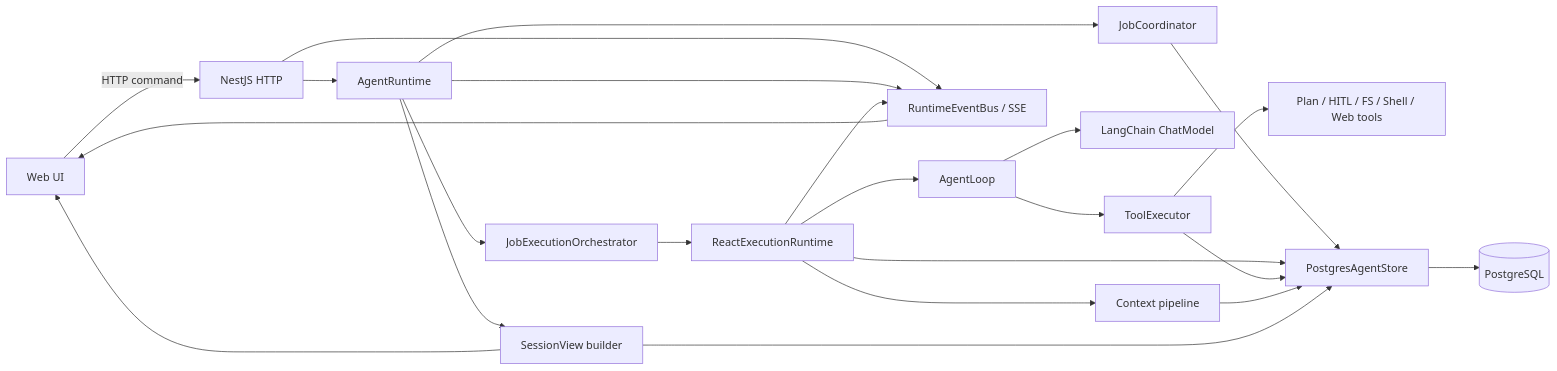
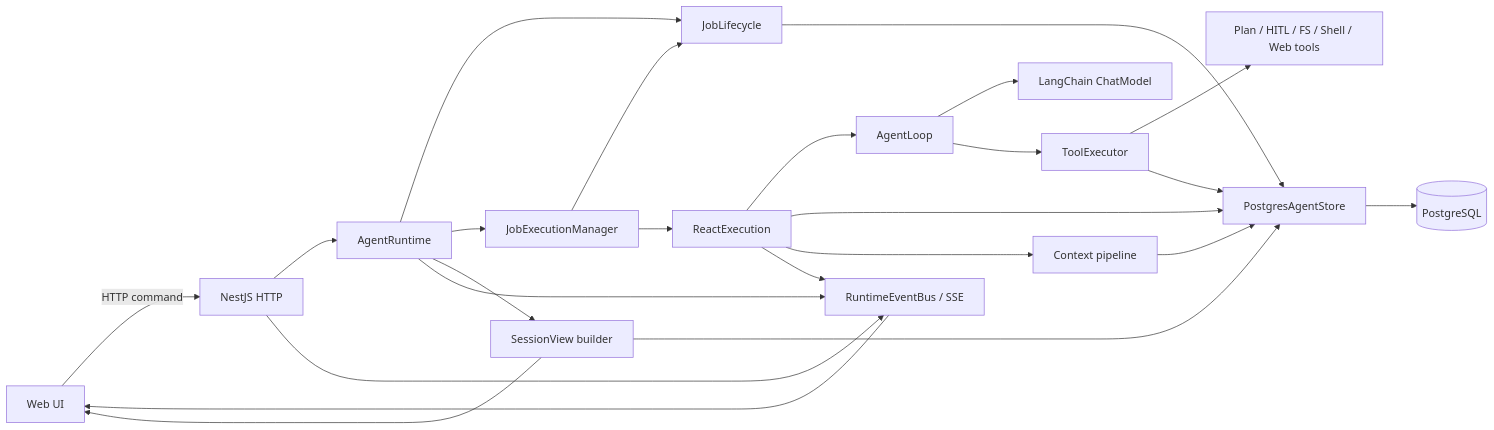
Before and after one commit to lucyonegit/agent-runtime-v2: the first of 13 diagrams in docs/00-current-runtime-full-chain.md, drawn with Mermaid. The commit also changed other lines of this file and 17 other files, not shown here.

```diff
--- a/docs/00-current-runtime-full-chain.md
+++ b/docs/00-current-runtime-full-chain.md
@@ -19,28 +19,29 @@
 ~~~mermaid
 flowchart LR
     UI["Web UI"] -->|"HTTP command"| HTTP["NestJS HTTP"]
     HTTP --> AR["AgentRuntime"]
-    AR --> JC["JobCoordinator"]
-    AR --> JEO["JobExecutionOrchestrator"]
-    JEO --> RER["ReactExecutionRuntime"]
+    AR --> JL["JobLifecycle"]
+    AR --> JEM["JobExecutionManager"]
+    JEM --> JL
+    JEM --> RER["ReactExecution"]
     RER --> AL["AgentLoop"]
     AL --> LC["LangChain ChatModel"]
     AL --> TE["ToolExecutor"]
     TE --> TOOLS["Plan / HITL / FS / Shell / Web tools"]
 
-    JC --> STORE["PostgresAgentStore"]
+    JL --> STORE["PostgresAgentStore"]
     RER --> STORE
     TE --> STORE
     STORE --> PG[("PostgreSQL")]
 
     RER --> CTX["Context pipeline"]
     CTX --> STORE
 
     AR --> VIEW["SessionView builder"]
     VIEW --> STORE
     HTTP --> SSE["RuntimeEventBus / SSE"]
     AR --> SSE
     RER --> SSE
     SSE --> UI
     VIEW --> UI
 ~~~
```
